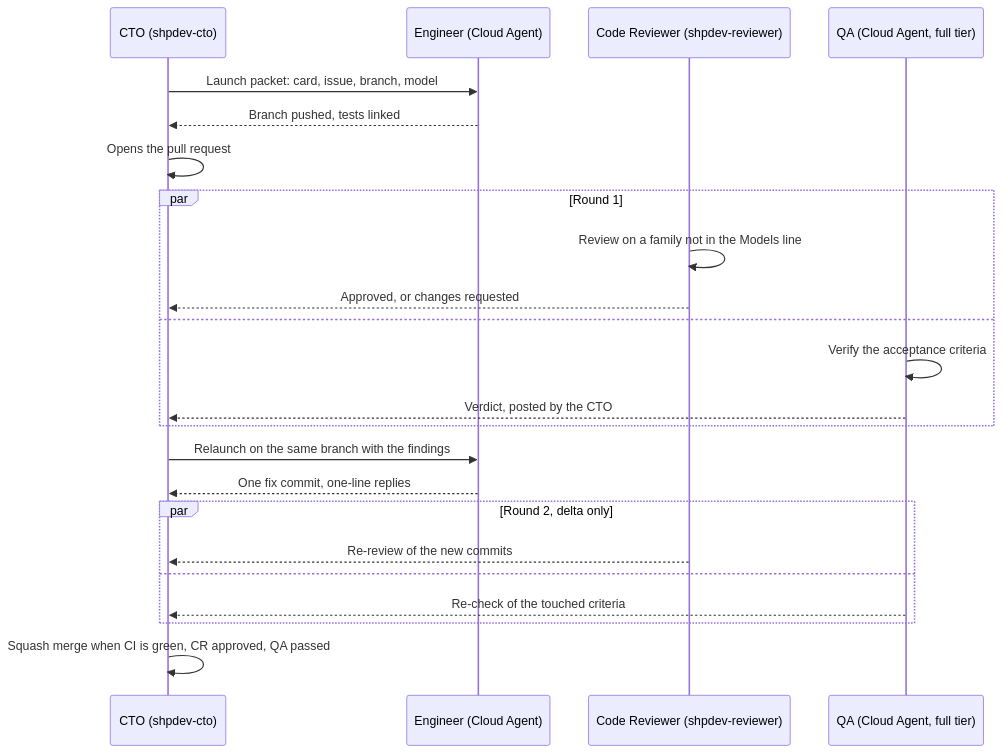
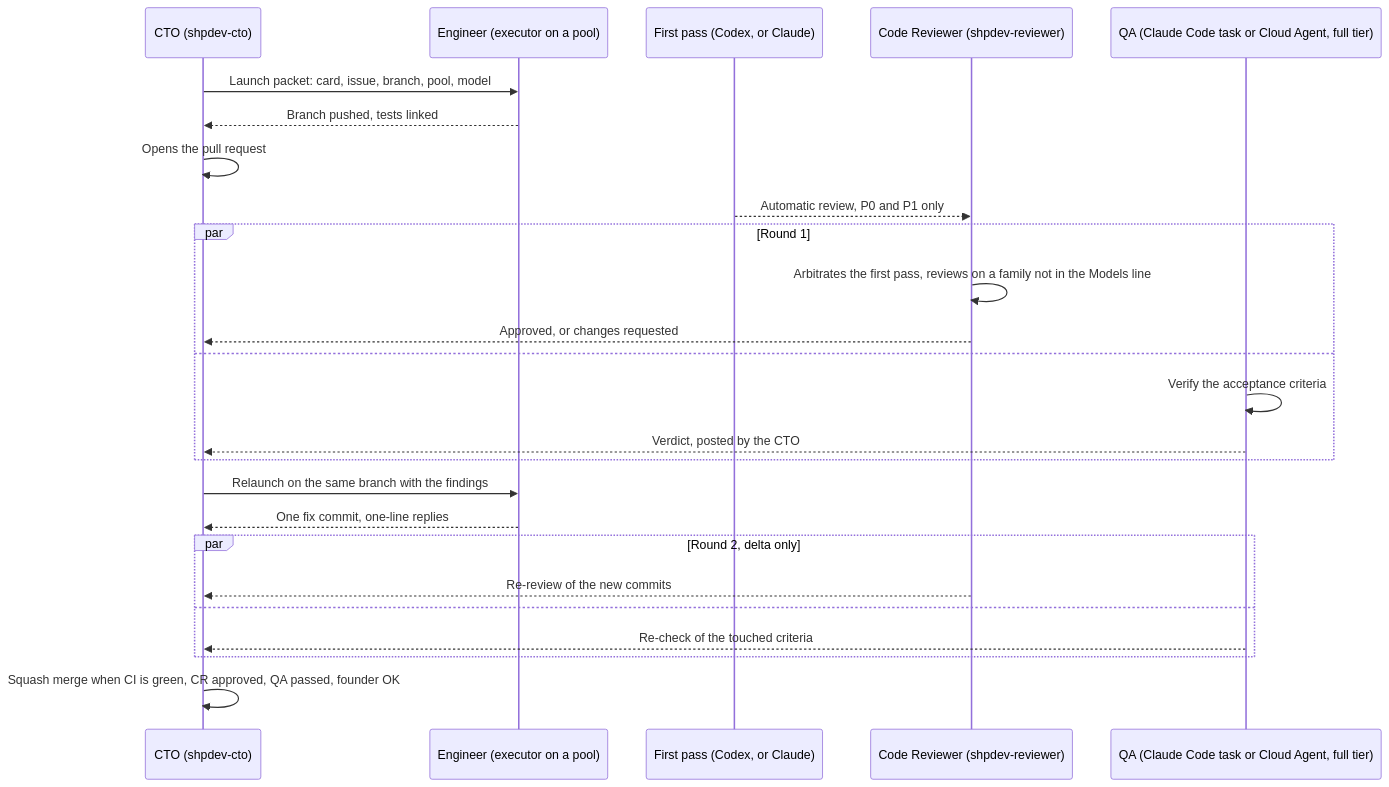
Before and after one commit to sheepnir/GrokBot_DevFlow: the second of 2 diagrams in README.md, drawn with Mermaid. The commit also changed other lines of this file and 14 other files, not shown here.

First line of the commit message:
SM-022: Claude Code and Codex subscriptions as executor pools (#23)

````diff
--- a/README.md
+++ b/README.md
@@ -51,25 +51,27 @@
 ```mermaid
 sequenceDiagram
     participant CTO as CTO (shpdev-cto)
-    participant Eng as Engineer (Cloud Agent)
+    participant Eng as Engineer (executor on a pool)
+    participant FP as First pass (Codex, or Claude)
     participant CR as Code Reviewer (shpdev-reviewer)
-    participant QA as QA (Cloud Agent, full tier)
-    CTO->>Eng: Launch packet: card, issue, branch, model
+    participant QA as QA (Claude Code task or Cloud Agent, full tier)
+    CTO->>Eng: Launch packet: card, issue, branch, pool, model
     Eng-->>CTO: Branch pushed, tests linked
     CTO->>CTO: Opens the pull request
+    FP-->>CR: Automatic review, P0 and P1 only
     par Round 1
-        CR->>CR: Review on a family not in the Models line
+        CR->>CR: Arbitrates the first pass, reviews on a family not in the Models line
         CR-->>CTO: Approved, or changes requested
     and
         QA->>QA: Verify the acceptance criteria
         QA-->>CTO: Verdict, posted by the CTO
     end
     CTO->>Eng: Relaunch on the same branch with the findings
     Eng-->>CTO: One fix commit, one-line replies
     par Round 2, delta only
         CR-->>CTO: Re-review of the new commits
     and
         QA-->>CTO: Re-check of the touched criteria
     end
-    CTO->>CTO: Squash merge when CI is green, CR approved, QA passed
+    CTO->>CTO: Squash merge when CI is green, CR approved, QA passed, founder OK
 ```
````
